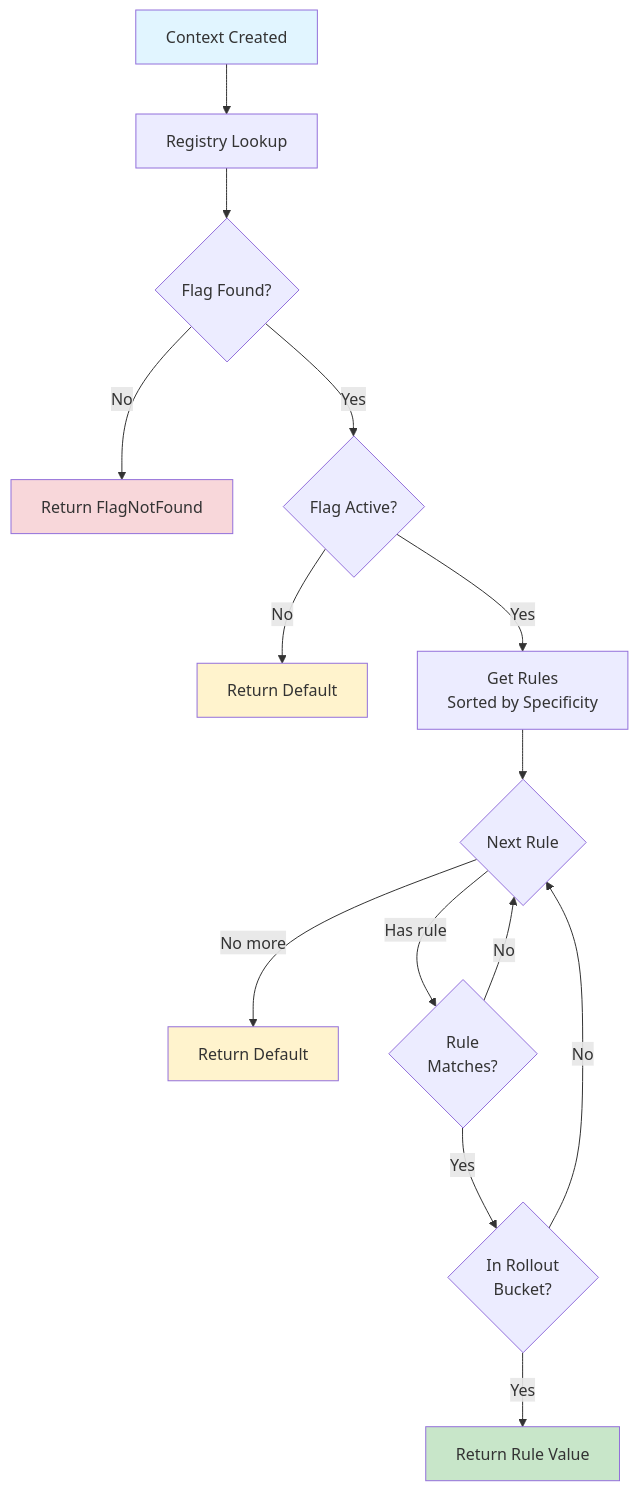
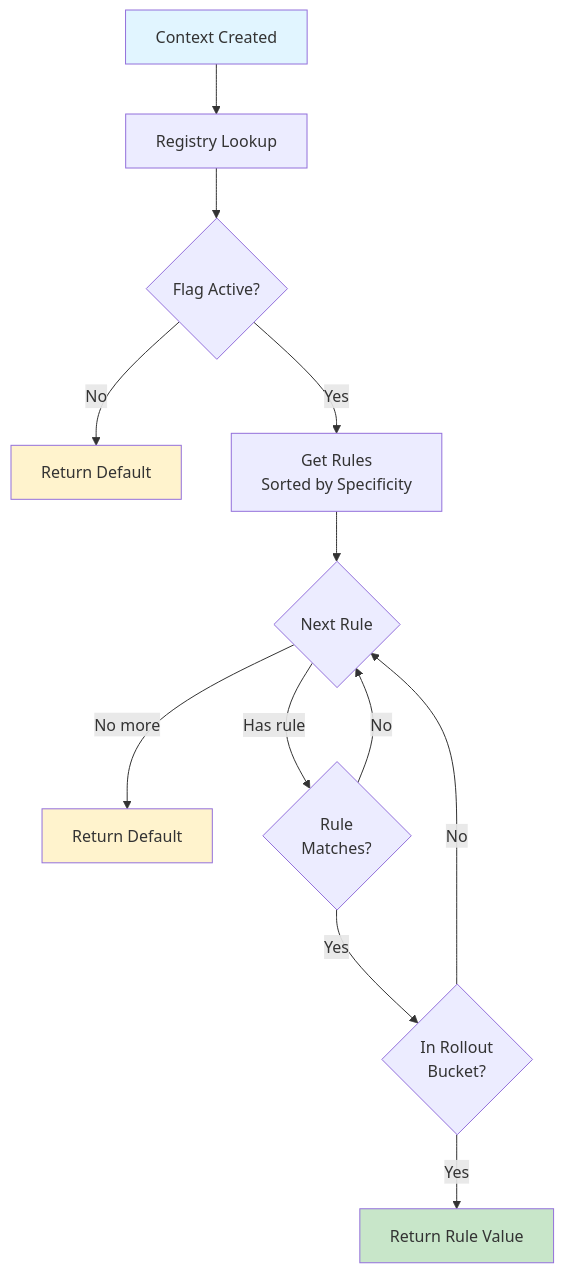
The diagram in docs/05-evaluation.md (amichne/konditional), drawn with Mermaid before and after one commit. The commit also changed other lines of this file and 19 other files, not shown here.

````diff
--- a/docs/05-evaluation.md
+++ b/docs/05-evaluation.md
@@ -64,25 +38,22 @@
 ```mermaid
 flowchart TD
     Start[Context Created] --> Lookup[Registry Lookup]
-    Lookup --> Found{Flag Found?}
-    Found -->|No| NotFound[Return FlagNotFound]
-    Found -->|Yes| Active{Flag Active?}
+    Lookup --> Active{Flag Active?}
     Active -->|No| Default1[Return Default]
     Active -->|Yes| Rules[Get Rules<br/>Sorted by Specificity]
 
     Rules --> NextRule{Next Rule}
     NextRule -->|No more| Default2[Return Default]
     NextRule -->|Has rule| Match{Rule<br/>Matches?}
 
     Match -->|No| NextRule
     Match -->|Yes| Rollout{In Rollout<br/>Bucket?}
 
     Rollout -->|No| NextRule
     Rollout -->|Yes| ReturnValue[Return Rule Value]
 
     style Start fill:#e1f5ff
     style ReturnValue fill:#c8e6c9
     style Default1 fill:#fff3cd
     style Default2 fill:#fff3cd
-    style NotFound fill:#f8d7da
 ```
````
